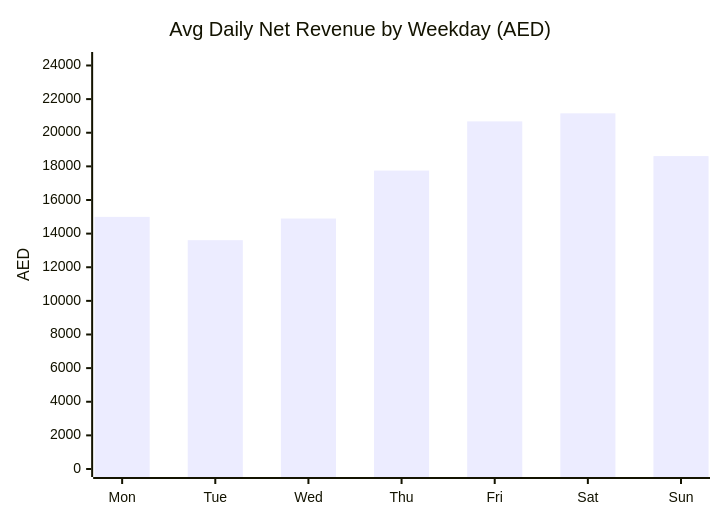
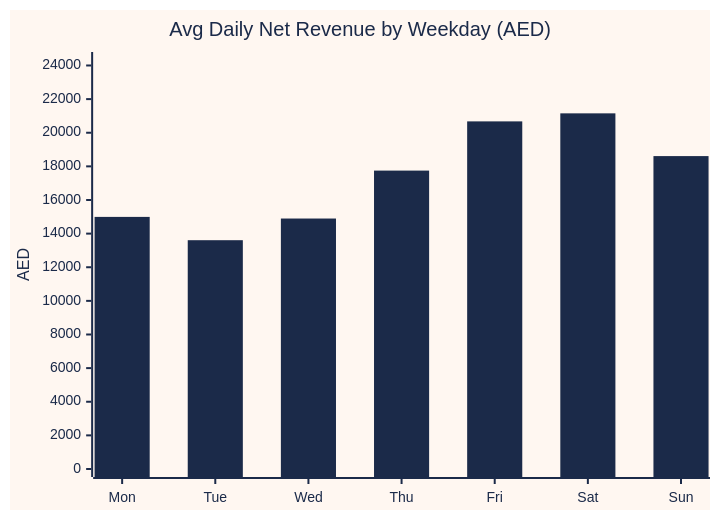
The second of 13 diagrams in README.md (rajeshwar2809-dotcom/order_items2026), drawn with Mermaid before and after one commit. The commit also changed other lines of this file, not shown here.

First line of the commit message:
Enhance README with revenue metrics and charts

````diff
--- a/README.md
+++ b/README.md
@@ -39,7 +43,8 @@
 ```mermaid
+%%{init: {"theme": "base", "themeVariables": {"xyChart": {"backgroundColor": "#FFF7F1", "titleColor": "#1B2A49", "xAxisLabelColor": "#1B2A49", "xAxisTitleColor": "#1B2A49", "xAxisTickColor": "#1B2A49", "xAxisLineColor": "#1B2A49", "yAxisLabelColor": "#1B2A49", "yAxisTitleColor": "#1B2A49", "yAxisTickColor": "#1B2A49", "yAxisLineColor": "#1B2A49", "plotColorPalette": "#1B2A49"}}}}%%
 xychart-beta
     title "Avg Daily Net Revenue by Weekday (AED)"
     x-axis ["Mon", "Tue", "Wed", "Thu", "Fri", "Sat", "Sun"]
     y-axis "AED" 0 --> 24326
     bar [14994.1, 13608.1, 14897.0, 17748.0, 20675.2, 21152.8, 18610.6]
 ```
````
